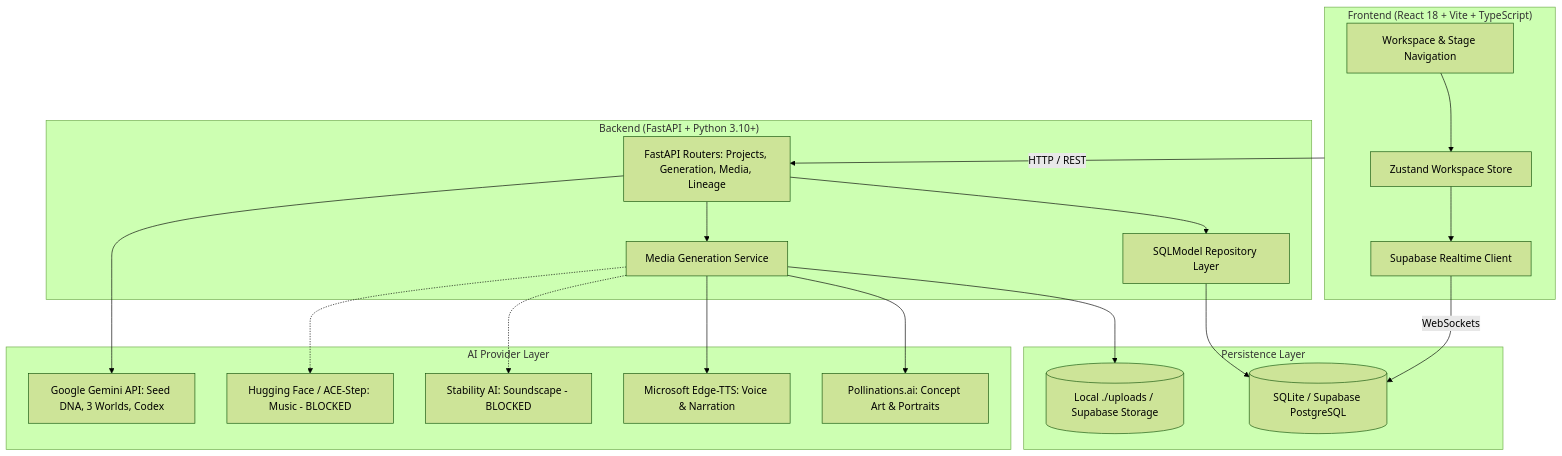
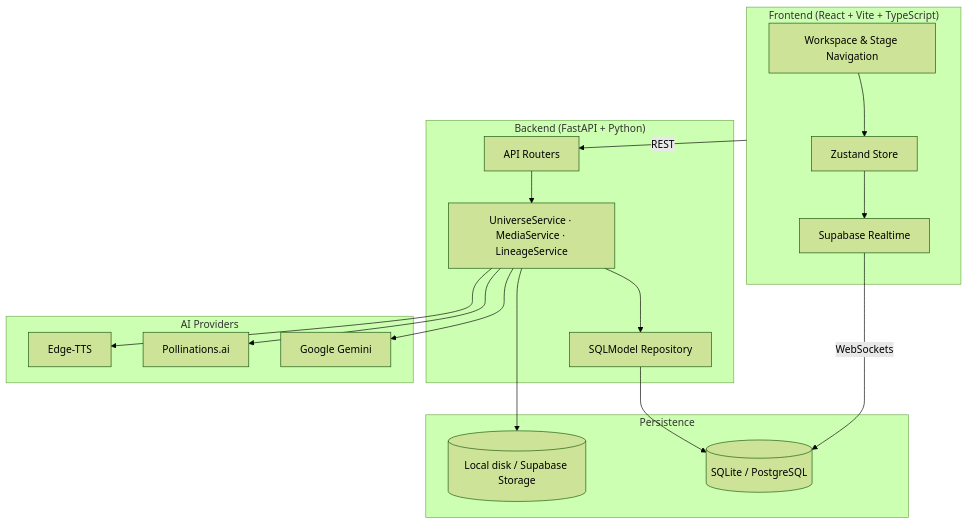
The diagram in README.md (syed-imadulla/Praroha), drawn with Mermaid (forest theme) before and after one commit. The commit also changed other lines of this file and 6 other files, not shown here.

````diff
--- a/README.md
+++ b/README.md
@@ -139,41 +84,35 @@
 ```mermaid
 graph TD
-    subgraph Client ["Frontend (React 18 + Vite + TypeScript)"]
+    subgraph Client ["Frontend (React + Vite + TypeScript)"]
         UI[Workspace & Stage Navigation]
-        Store[Zustand Workspace Store]
-        RT_Client[Supabase Realtime Client]
-        UI --> Store
-        Store --> RT_Client
+        Store[Zustand Store]
+        RT[Supabase Realtime]
+        UI --> Store --> RT
     end
 
-    subgraph Server ["Backend (FastAPI + Python 3.10+)"]
-        API[FastAPI Routers: Projects, Generation, Media, Lineage]
-        Repo[SQLModel Repository Layer]
-        MediaSvc[Media Generation Service]
-        API --> Repo
-        API --> MediaSvc
+    subgraph Server ["Backend (FastAPI + Python)"]
+        API[API Routers]
+        Svc[UniverseService · MediaService · LineageService]
+        Repo[SQLModel Repository]
+        API --> Svc --> Repo
     end
 
-    subgraph Persistence ["Persistence Layer"]
-        DB[(SQLite / Supabase PostgreSQL)]
-        Storage[(Local ./uploads / Supabase Storage)]
+    subgraph Data ["Persistence"]
+        DB[(SQLite / PostgreSQL)]
+        Storage[(Local disk / Supabase Storage)]
         Repo --> DB
-        MediaSvc --> Storage
+        Svc --> Storage
     end
 
-    subgraph Providers ["AI Provider Layer"]
-        Gemini[Google Gemini API: Seed DNA, 3 Worlds, Codex]
-        Pollinations[Pollinations.ai: Concept Art & Portraits]
-        EdgeTTS[Microsoft Edge-TTS: Voice & Narration]
-        Stability[Stability AI: Soundscape - BLOCKED]
-        HF[Hugging Face / ACE-Step: Music - BLOCKED]
+    subgraph AI ["AI Providers"]
+        Gemini[Google Gemini]
+        Pollinations[Pollinations.ai]
+        EdgeTTS[Edge-TTS]
     end
 
-    Client -- HTTP / REST --> API
-    RT_Client -- WebSockets --> DB
-    API --> Gemini
-    MediaSvc --> Pollinations
-    MediaSvc --> EdgeTTS
-    MediaSvc -.-> Stability
-    MediaSvc -.-> HF
+    Client -- REST --> API
+    RT -- WebSockets --> DB
+    Svc --> Gemini
+    Svc --> Pollinations
+    Svc --> EdgeTTS
 ```
````
